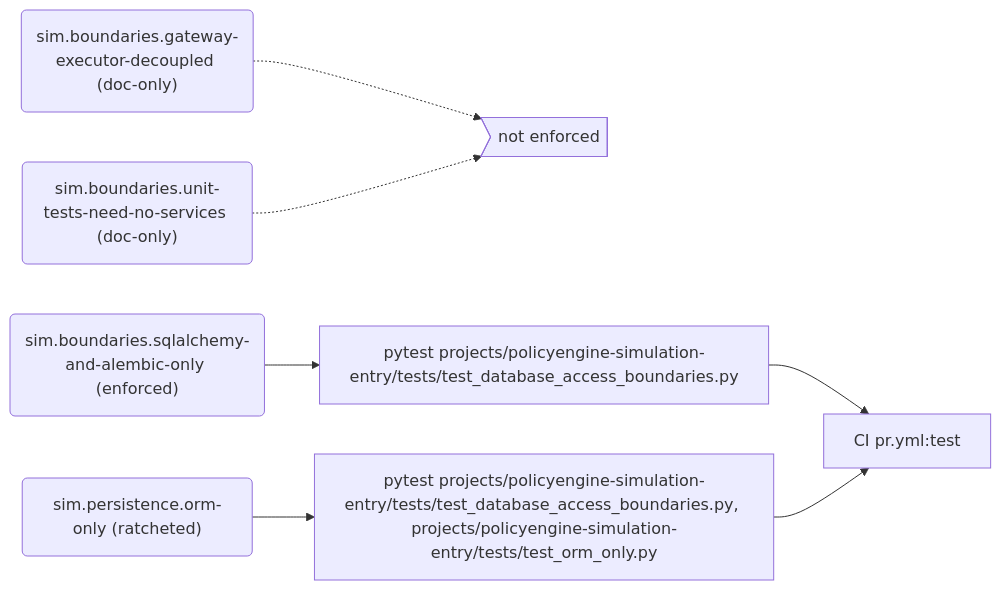
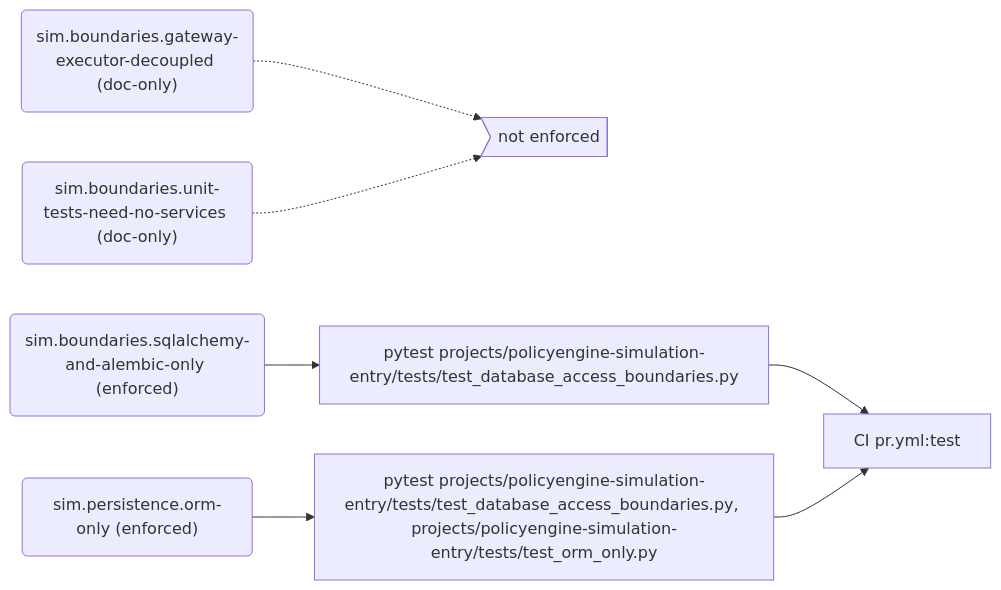
The first of 11 diagrams in docs/generated/rules.md (PolicyEngine/policyengine-sim-api), drawn with Mermaid before and after one commit. The commit also changed other lines of this file and 32 other files, not shown here.

First line of the commit message:
Enforce sim.persistence.orm-only with no baseline

````diff
--- a/docs/generated/rules.md
+++ b/docs/generated/rules.md
@@ -87,17 +87,17 @@
 ```mermaid
 flowchart LR
   r_sim_boundaries_gateway_executor_decoupled("sim.boundaries.gateway-executor-decoupled (doc-only)")
   gap_unenforced>"not enforced"]
   r_sim_boundaries_sqlalchemy_and_alembic_only("sim.boundaries.sqlalchemy-and-alembic-only (enforced)")
   e_pytest_projects_policyengine_simulation_entry_tests_test_database_access_boundaries_py["pytest projects/policyengine-simulation-entry/tests/test_database_access_boundaries.py"]
   j_CI_pr_yml_test["CI pr.yml:test"]
   r_sim_boundaries_unit_tests_need_no_services("sim.boundaries.unit-tests-need-no-services (doc-only)")
-  r_sim_persistence_orm_only("sim.persistence.orm-only (ratcheted)")
+  r_sim_persistence_orm_only("sim.persistence.orm-only (enforced)")
   e_pytest_projects_policyengine_simulation_entry_tests_test_database_access_boundaries_py__projects_policyengine_simulation_entry_tests_test_orm_only_py["pytest projects/policyengine-simulation-entry/tests/test_database_access_boundaries.py, projects/policyengine-simulation-entry/tests/test_orm_only.py"]
   r_sim_boundaries_gateway_executor_decoupled -.-> gap_unenforced
   r_sim_boundaries_sqlalchemy_and_alembic_only --> e_pytest_projects_policyengine_simulation_entry_tests_test_database_access_boundaries_py
   e_pytest_projects_policyengine_simulation_entry_tests_test_database_access_boundaries_py --> j_CI_pr_yml_test
   r_sim_boundaries_unit_tests_need_no_services -.-> gap_unenforced
   r_sim_persistence_orm_only --> e_pytest_projects_policyengine_simulation_entry_tests_test_database_access_boundaries_py__projects_policyengine_simulation_entry_tests_test_orm_only_py
   e_pytest_projects_policyengine_simulation_entry_tests_test_database_access_boundaries_py__projects_policyengine_simulation_entry_tests_test_orm_only_py --> j_CI_pr_yml_test
 ```
````
